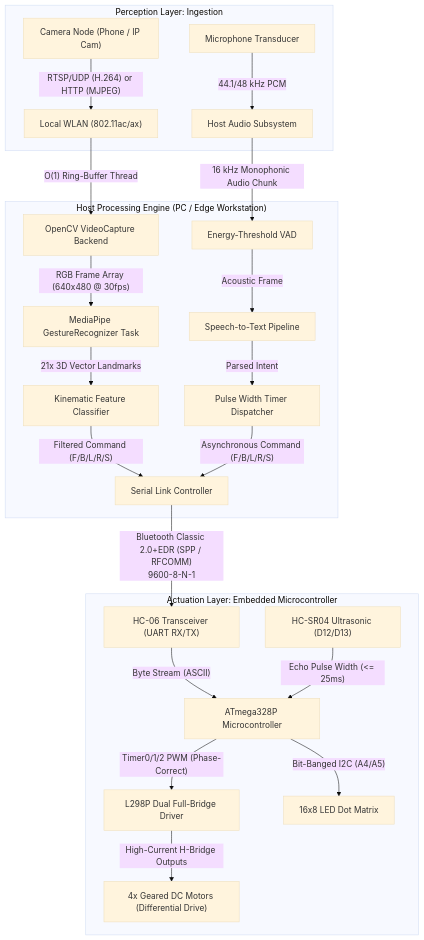
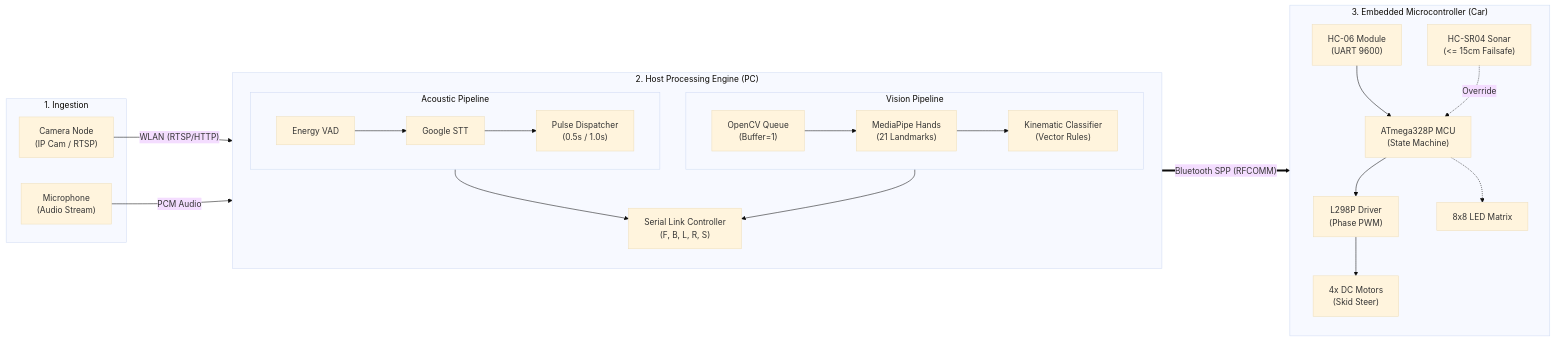
Before and after one commit to pedro48679/hand_car: the diagram in README.md, drawn with Mermaid (base theme).

Commit message:
README final

````diff
--- a/README.md
+++ b/README.md
@@ -10,28 +10,34 @@
 ```mermaid
-graph TD
-    subgraph S1["Perception Layer: Ingestion"]
-        CAM["Camera Node (Phone / IP Cam)"] -->|"RTSP/UDP (H.264) or HTTP (MJPEG)"| NET["Local WLAN (802.11ac/ax)"]
-        MIC["Microphone Transducer"] -->|"44.1/48 kHz PCM"| PC_AUDIO["Host Audio Subsystem"]
+flowchart LR
+    subgraph S1["1. Ingestion"]
+        CAM["Camera Node<br/>(IP Cam / RTSP)"]
+        MIC["Microphone<br/>(Audio Stream)"]
     end
 
-    subgraph S2["Host Processing Engine (PC / Edge Workstation)"]
-        NET -->|"O(1) Ring-Buffer Thread"| CV["OpenCV VideoCapture Backend"]
-        CV -->|"RGB Frame Array (640x480 @ 30fps)"| MP["MediaPipe GestureRecognizer Task"]
-        MP -->|"21x 3D Vector Landmarks"| KIN["Kinematic Feature Classifier"]
-        KIN -->|"Filtered Command (F/B/L/R/S)"| COMM["Serial Link Controller"]
-
-        PC_AUDIO -->|"16 kHz Monophonic Audio Chunk"| VAD["Energy-Threshold VAD"]
-        VAD -->|"Acoustic Frame"| STT["Speech-to-Text Pipeline"]
-        STT -->|"Parsed Intent"| PULSE["Pulse Width Timer Dispatcher"]
-        PULSE -->|"Asynchronous Command (F/B/L/R/S)"| COMM
+    subgraph S2["2. Host Processing Engine (PC)"]
+        direction TB
+        subgraph S2_V["Vision Pipeline"]
+            direction LR
+            CV["OpenCV Queue<br/>(Buffer=1)"] --> MP["MediaPipe Hands<br/>(21 Landmarks)"] --> KIN["Kinematic Classifier<br/>(Vector Rules)"]
+        end
+        subgraph S2_A["Acoustic Pipeline"]
+            direction LR
+            VAD["Energy VAD"] --> STT["Google STT"] --> PULSE["Pulse Dispatcher<br/>(0.5s / 1.0s)"]
+        end
+        COMM["Serial Link Controller<br/>(F, B, L, R, S)"]
+        KIN --> COMM
+        PULSE --> COMM
     end
 
-    subgraph S3["Actuation Layer: Embedded Microcontroller"]
-        COMM -->|"Bluetooth Classic 2.0+EDR (SPP / RFCOMM)\n9600-8-N-1"| BT["HC-06 Transceiver (UART RX/TX)"]
-        BT -->|"Byte Stream (ASCII)"| ATMEGA["ATmega328P Microcontroller"]
-        ATMEGA -->|"Timer0/1/2 PWM (Phase-Correct)"| L298P["L298P Dual Full-Bridge Driver"]
-        L298P -->|"High-Current H-Bridge Outputs"| MOTORS["4x Geared DC Motors (Differential Drive)"]
-        ATMEGA -->|"Bit-Banged I2C (A4/A5)"| MATRIX["16x8 LED Dot Matrix"]
-        SONAR["HC-SR04 Ultrasonic (D12/D13)"] -->|"Echo Pulse Width (<= 25ms)"| ATMEGA
+    subgraph S3["3. Embedded Microcontroller (Car)"]
+        direction TB
+        BT["HC-06 Module<br/>(UART 9600)"] --> MCU["ATmega328P MCU<br/>(State Machine)"]
+        MCU --> DRV["L298P Driver<br/>(Phase PWM)"] --> MTR["4x DC Motors<br/>(Skid Steer)"]
+        SONAR["HC-SR04 Sonar<br/>(<= 15cm Failsafe)"] -.->|Override| MCU
+        MCU -.-> DISP["8x8 LED Matrix"]
     end
+
+    CAM -->|"WLAN (RTSP/HTTP)"| CV
+    MIC -->|"PCM Audio"| VAD
+    COMM ==>|"Bluetooth SPP (RFCOMM)"| BT
 ```
````
